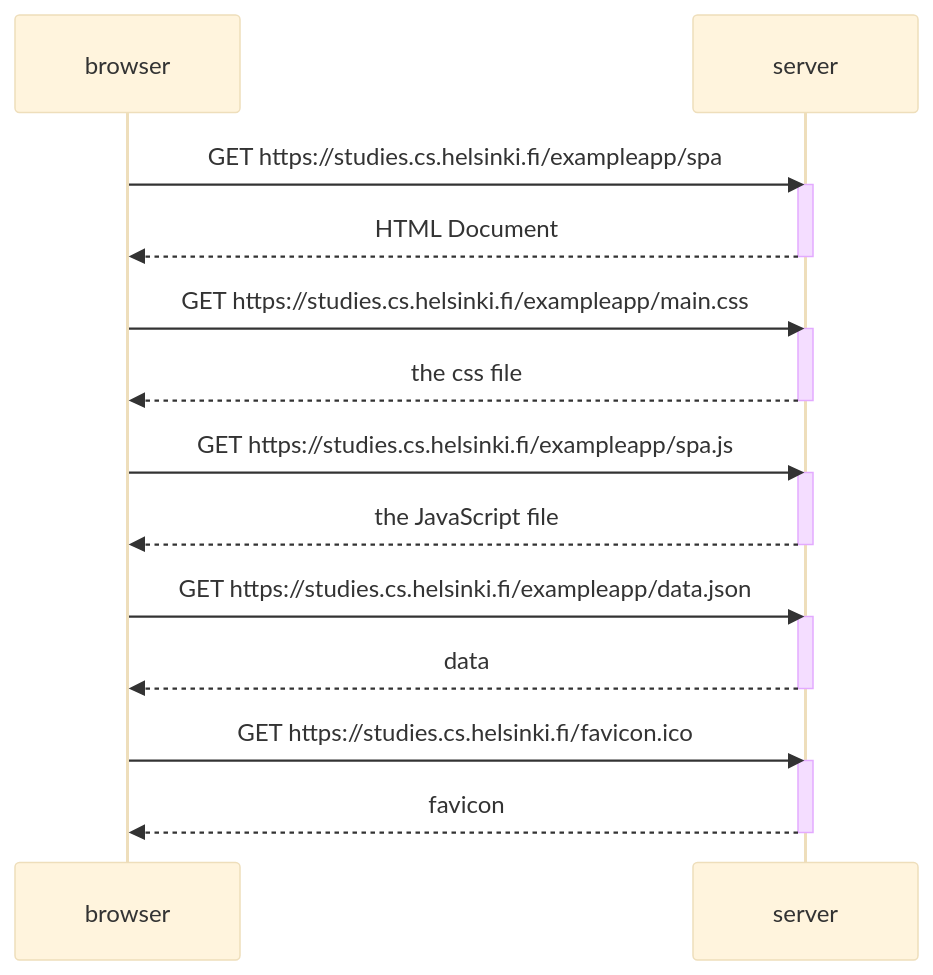
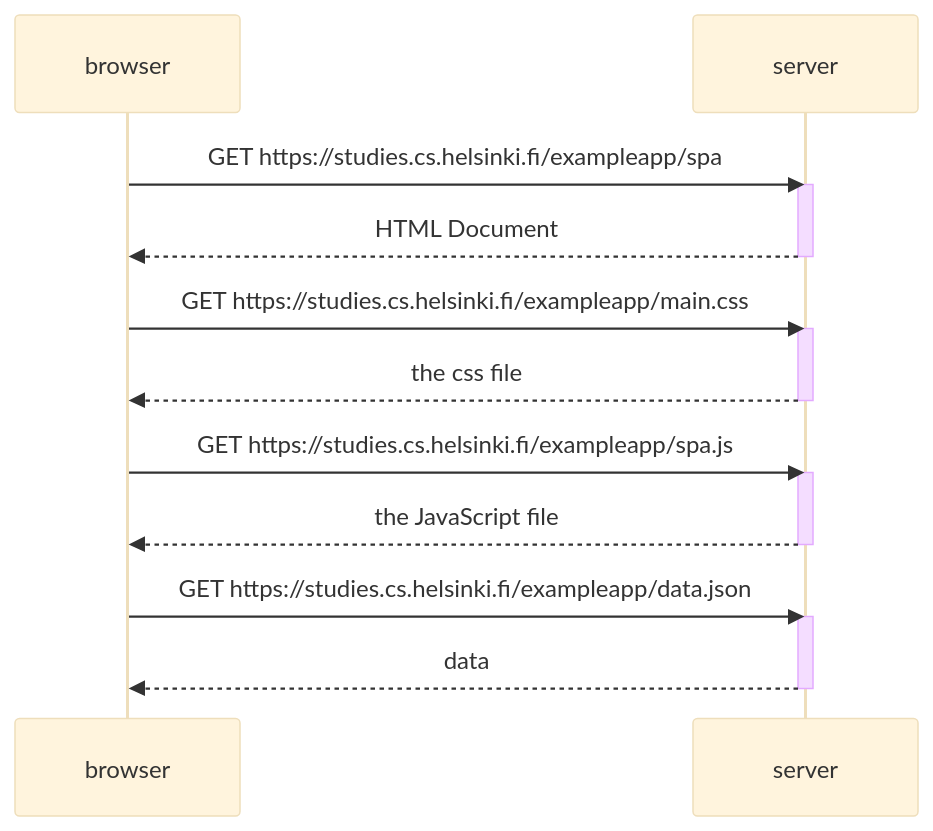
The diagram in osa0/t0.5.md (hilliaho/fullstack), drawn with Mermaid (base theme) before and after one commit.

````diff
--- a/osa0/t0.5.md
+++ b/osa0/t0.5.md
@@ -1,30 +1,25 @@
 ```mermaid
 sequenceDiagram
     participant browser
     participant server
     
     browser->>server: GET https://studies.cs.helsinki.fi/exampleapp/spa
     activate server
     server-->>browser: HTML Document
     deactivate server
     
     browser->>server: GET https://studies.cs.helsinki.fi/exampleapp/main.css
     activate server
     server-->>browser: the css file
     deactivate server
     
     browser->>server: GET https://studies.cs.helsinki.fi/exampleapp/spa.js
     activate server
     server-->>browser: the JavaScript file
     deactivate server
     
     browser->>server: GET https://studies.cs.helsinki.fi/exampleapp/data.json
     activate server
     server-->>browser: data
     deactivate server
-    
-    browser->>server: GET https://studies.cs.helsinki.fi/favicon.ico
-    activate server
-    server-->>browser: favicon
-    deactivate server   
 ```
````
